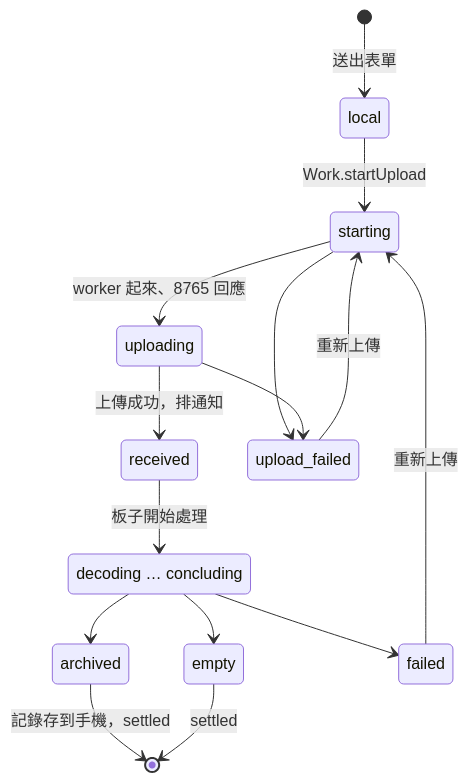
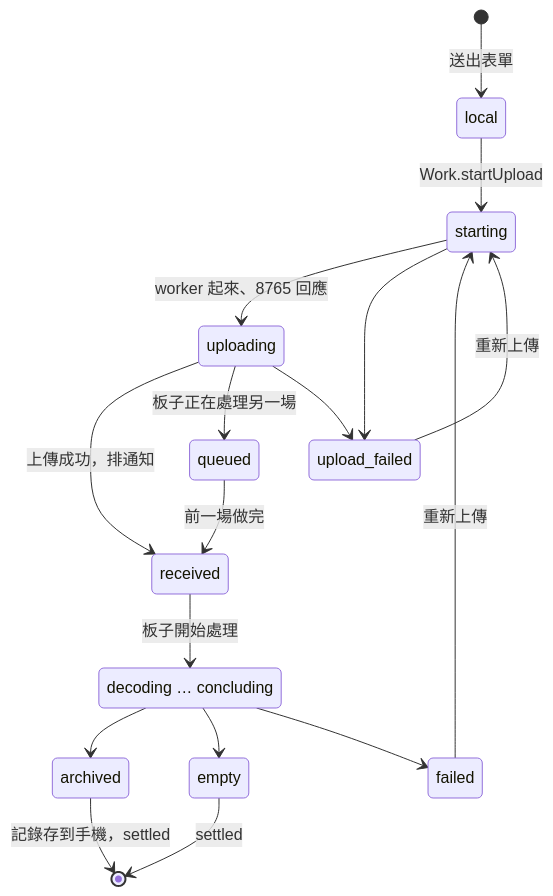
One commit to harold-2022-cloud/ten-framework-arm64 changed the second of 2 diagrams in ai_agents/meeting-app-android/DEVELOPMENT.zh-TW.md. Above: the diagram before and after it, drawn with Mermaid. The commit also changed other lines of this file and 10 other files, not shown here.

````diff
--- a/ai_agents/meeting-app-android/DEVELOPMENT.zh-TW.md
+++ b/ai_agents/meeting-app-android/DEVELOPMENT.zh-TW.md
@@ -193,18 +207,20 @@
 ```mermaid
 stateDiagram-v2
     [*] --> local: 送出表單
     local --> starting: Work.startUpload
     starting --> uploading: worker 起來、8765 回應
     uploading --> received: 上傳成功，排通知
+    uploading --> queued: 板子正在處理另一場
+    queued --> received: 前一場做完
     starting --> upload_failed
     uploading --> upload_failed
     upload_failed --> starting: 重新上傳
     received --> processing: 板子開始處理
     state "decoding … concluding" as processing
     processing --> archived
     processing --> empty
     processing --> failed
     failed --> starting: 重新上傳
     archived --> [*]: 記錄存到手機，settled
     empty --> [*]: settled
 ```
````
